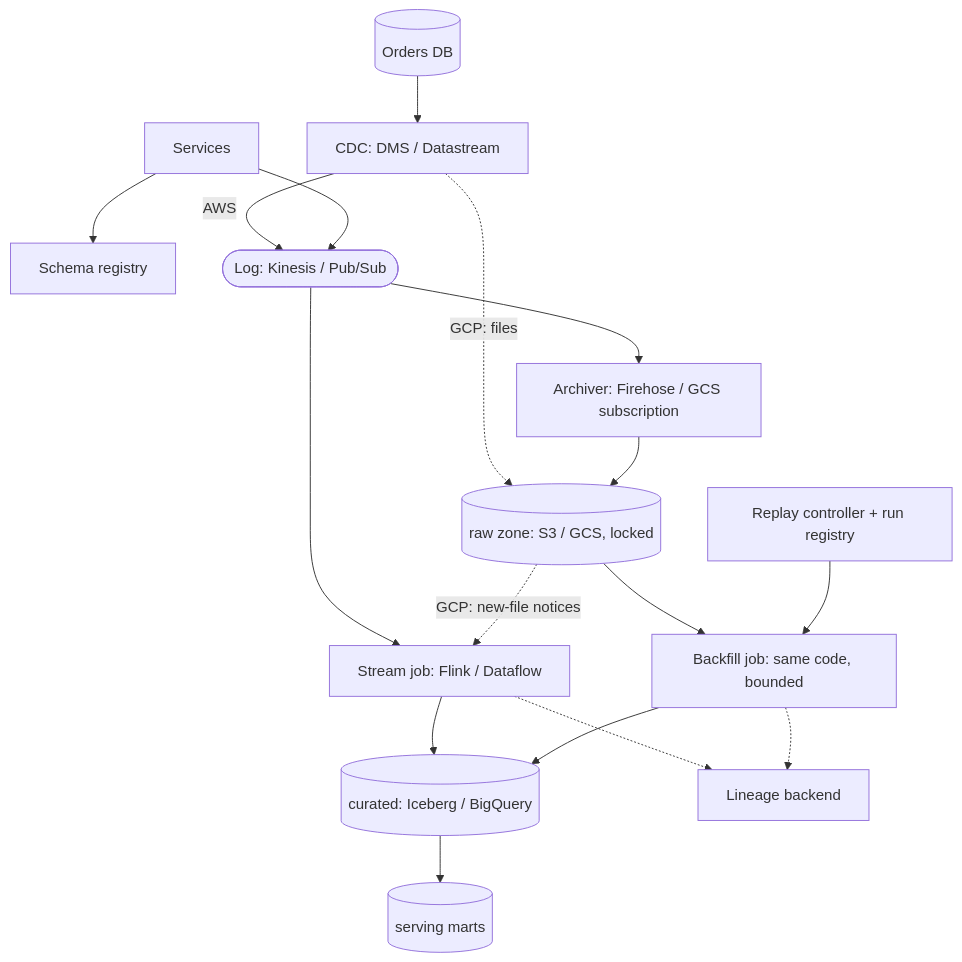
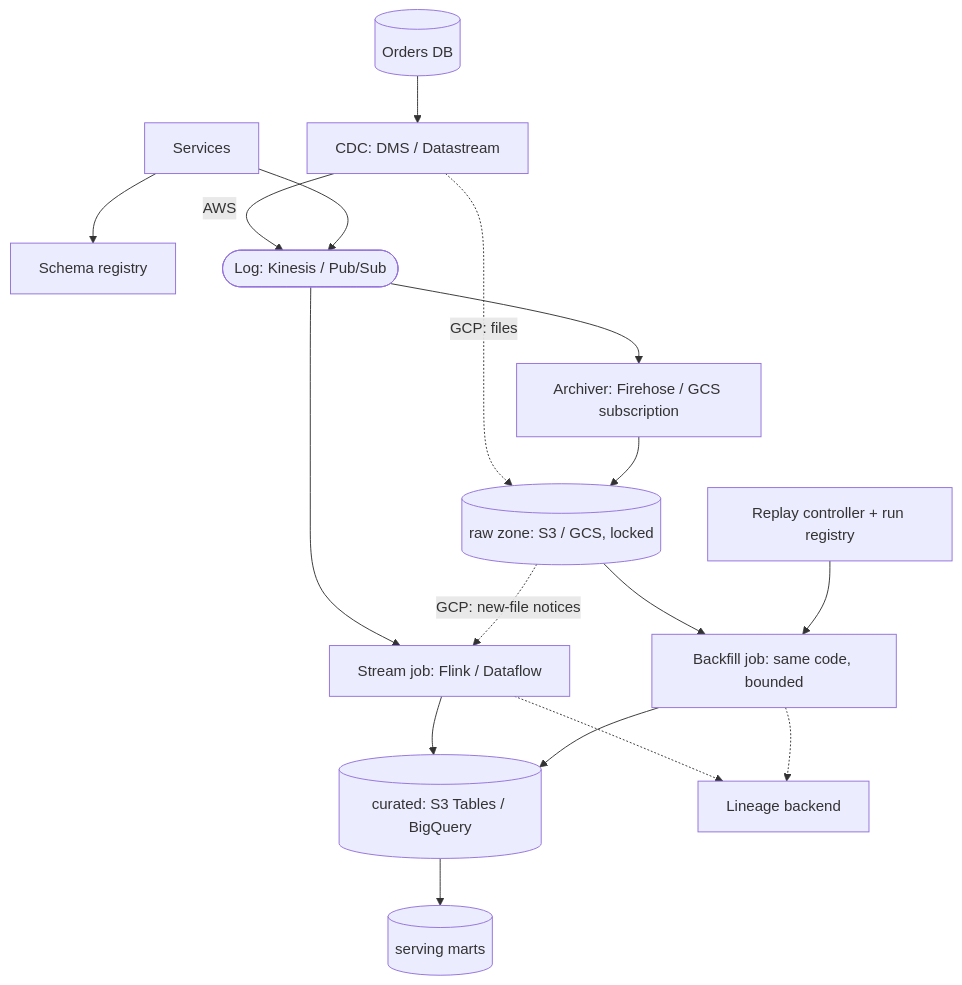
The second of 2 diagrams in examples/system-design/11-etl-batch-streaming.md (EdwinKassier/Ashes-Devops-Tools), drawn with Mermaid before and after one commit. The commit also changed other lines of this file, not shown here.

````diff
--- a/examples/system-design/11-etl-batch-streaming.md
+++ b/examples/system-design/11-etl-batch-streaming.md
@@ -176,26 +182,26 @@
 ```mermaid
 graph TB
     oltp[("Orders DB")]
     cdc["CDC: DMS / Datastream"]
     svc["Services"]
     reg["Schema registry"]
     log(["Log: Kinesis / Pub/Sub"])
     arch["Archiver: Firehose / GCS subscription"]
     raw[("raw zone: S3 / GCS, locked")]
     stream["Stream job: Flink / Dataflow"]
     bf["Backfill job: same code, bounded"]
     ctrl["Replay controller + run registry"]
-    cur[("curated: Iceberg / BigQuery")]
+    cur[("curated: S3 Tables / BigQuery")]
     serv[("serving marts")]
     lin["Lineage backend"]
     oltp --> cdc -->|AWS| log
     cdc -.->|GCP: files| raw
     svc --> reg
     svc --> log --> arch --> raw
     log --> stream --> cur --> serv
     raw --> bf --> cur
     raw -.->|GCP: new-file notices| stream
     ctrl --> bf
     stream -.-> lin
     bf -.-> lin
 ```
````
